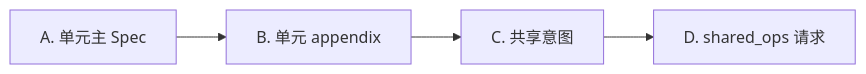
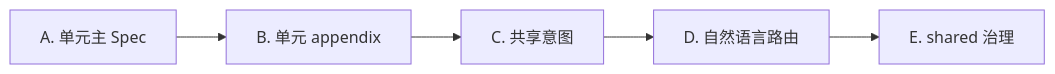
The sixth of 7 diagrams in README.zh-CN.md (mfblog/specflow), drawn with Mermaid before and after one commit. The commit also changed other lines of this file and 29 other files, not shown here.

````diff
--- a/README.zh-CN.md
+++ b/README.zh-CN.md
@@ -472,6 +472,7 @@
 ```mermaid
 flowchart LR
     A["A. 单元主 Spec"] --> B["B. 单元 appendix"]
     B --> C["C. 共享意图"]
-    C --> D["D. shared_ops 请求"]
+    C --> D["D. 自然语言路由"]
+    D --> E["E. shared 治理"]
 ```
````
